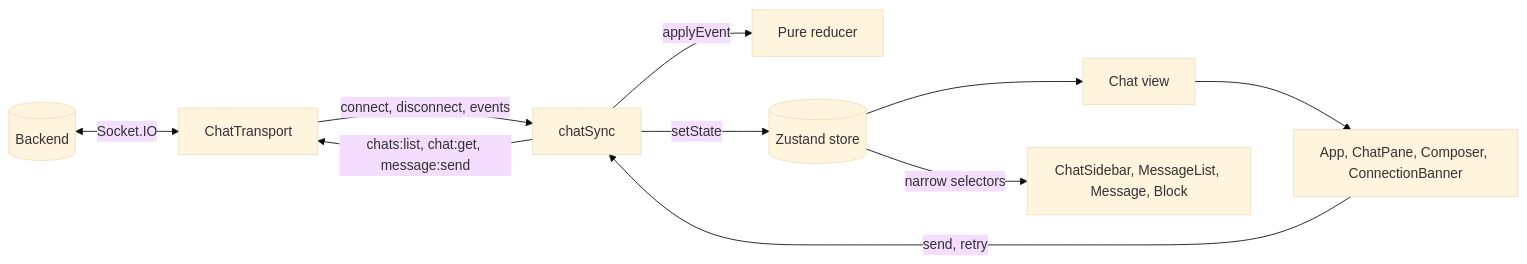
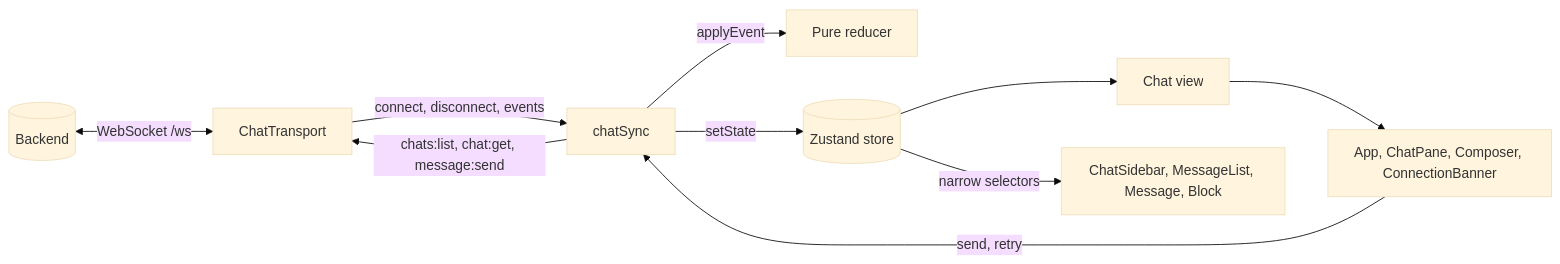
One commit to itays/ai-chat-frontend-home-task changed the diagram in README.md. Above: the diagram before and after it, drawn with Mermaid (base theme). The commit also changed other lines of this file and 6 other files, not shown here.

First line of the commit message:
Document the WebSocket protocol and deploy to Cloudflare as one Worker

````diff
--- a/README.md
+++ b/README.md
@@ -75,12 +87,12 @@
 ```mermaid
 flowchart LR
-  backend[(Backend)] <-->|Socket.IO| transport[ChatTransport]
+  backend[(Backend)] <-->|WebSocket /ws| transport[ChatTransport]
   transport -->|connect, disconnect, events| sync[chatSync]
   sync -->|chats:list, chat:get, message:send| transport
   sync -->|applyEvent| reducer[Pure reducer]
   sync -->|setState| store[(Zustand store)]
   store --> view[Chat view]
   view --> pane[App, ChatPane, Composer, ConnectionBanner]
   store -->|narrow selectors| lists[ChatSidebar, MessageList, Message, Block]
   pane -->|send, retry| sync
 ```
````
